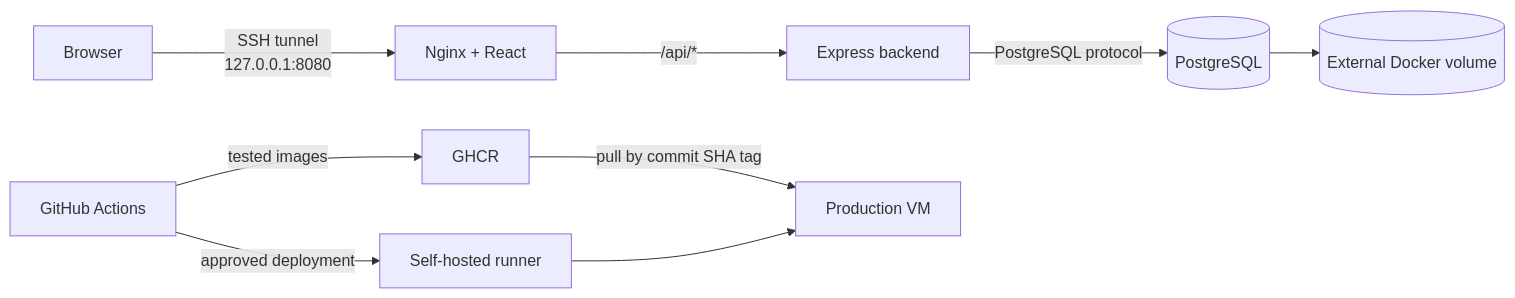
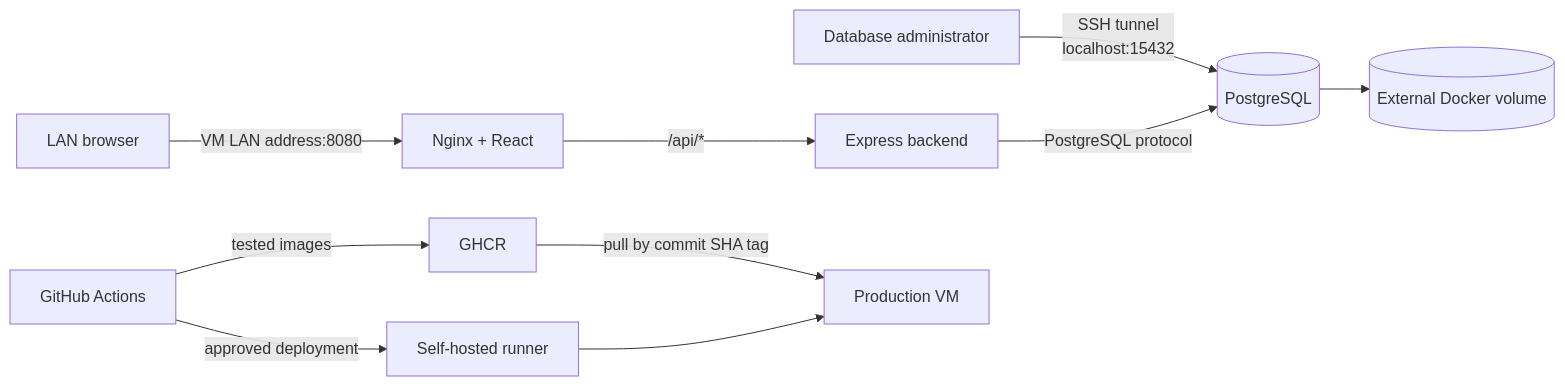
The diagram in README.md (Rafattitas/company-ticket-lab), drawn with Mermaid before and after one commit. The commit also changed other lines of this file and 9 other files, not shown here.

Commit message:
feat(ops): add LAN and read-only database access

````diff
--- a/README.md
+++ b/README.md
@@ -11,12 +11,13 @@
 ```mermaid
 flowchart LR
-    U[Browser] -->|SSH tunnel<br/>127.0.0.1:8080| N[Nginx + React]
+    U[LAN browser] -->|VM LAN address:8080| N[Nginx + React]
+    A[Database administrator] -->|SSH tunnel<br/>localhost:15432| P
     N -->|/api/*| B[Express backend]
     B -->|PostgreSQL protocol| P[(PostgreSQL)]
     P --> V[(External Docker volume)]
 
     G[GitHub Actions] -->|tested images| R[GHCR]
     R -->|pull by commit SHA tag| D[Production VM]
     G -->|approved deployment| S[Self-hosted runner]
     S --> D
 ```
````
